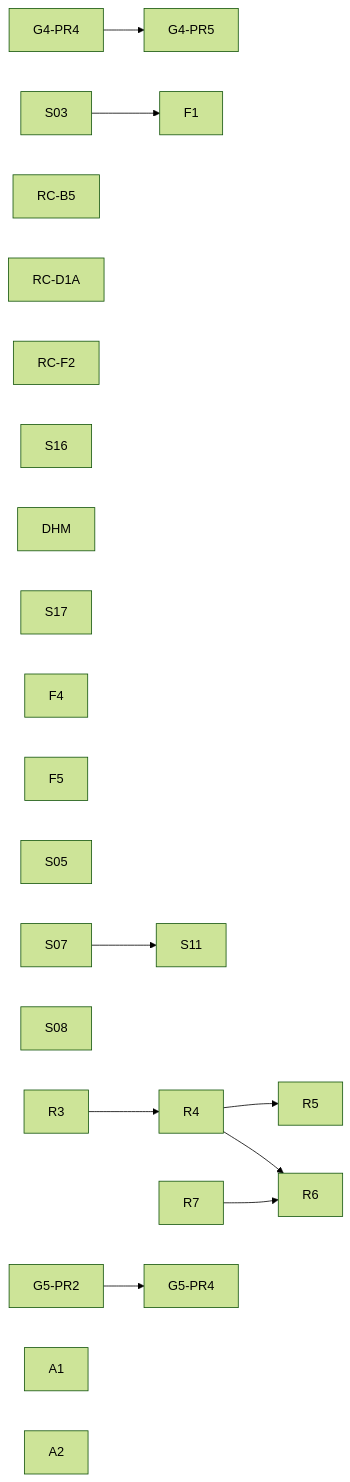
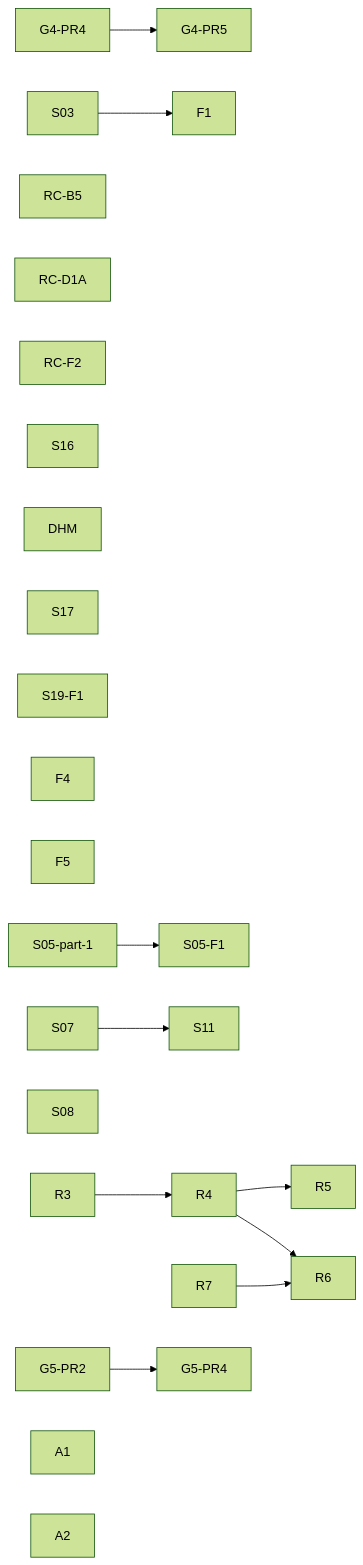
Before and after one commit to dunay2/dvt: the diagram in docs/planning/state/open-task-route.md, drawn with Mermaid (forest theme). The commit also changed other lines of this file and 46 other files, not shown here.

````diff
--- a/docs/planning/state/open-task-route.md
+++ b/docs/planning/state/open-task-route.md
@@ -64,28 +65,30 @@
 ```mermaid
 flowchart LR
   G44[G4-PR4] --> G45[G4-PR5]
 
   S03[S03] --> F1[F1]
   RC_B5[RC-B5]
   RC_D1A[RC-D1A]
   RC_F2[RC-F2]
   S16[S16]
   DHM[DHM]
 
   S17[S17]
+  S19F1[S19-F1]
   F4[F4]
   F5[F5]
-  S05[S05]
+  S05[S05-part-1]
+  S05 --> S05F1[S05-F1]
 
   S07[S07] --> S11[S11]
   S08[S08]
 
   R3[R3] --> R4[R4] --> R5[R5]
   R4 --> R6[R6]
   R7[R7] --> R6
 
   G52[G5-PR2] --> G54[G5-PR4]
   A1[A1]
   A2[A2]
   DHM
 ```
````
